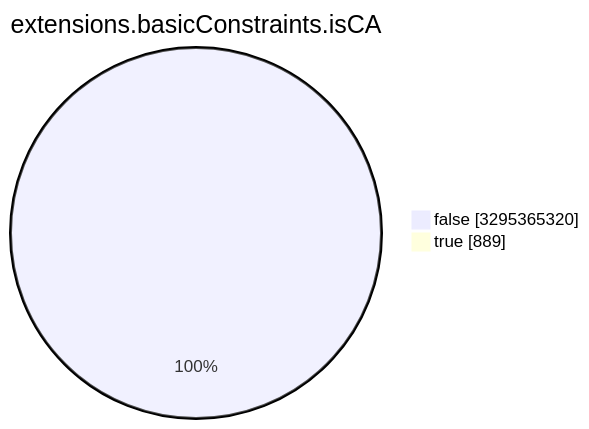
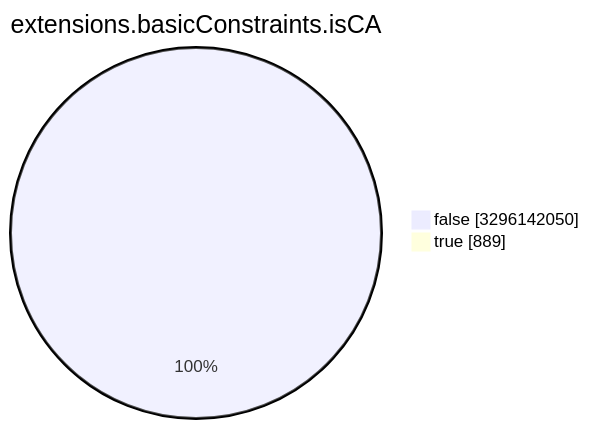
Before and after one commit to christiankrug/ctmonitor_visualization: the seventh of 15 diagrams in TOTAL/README.md, drawn with Mermaid. The commit also changed other lines of this file, not shown here.

````diff
--- a/TOTAL/README.md
+++ b/TOTAL/README.md
@@ -3089,6 +3089,6 @@
 ```mermaid
 pie showData
 title extensions.basicConstraints.isCA
-"false" :3295365320
+"false" :3296142050
 "true" :889
 ```
````
